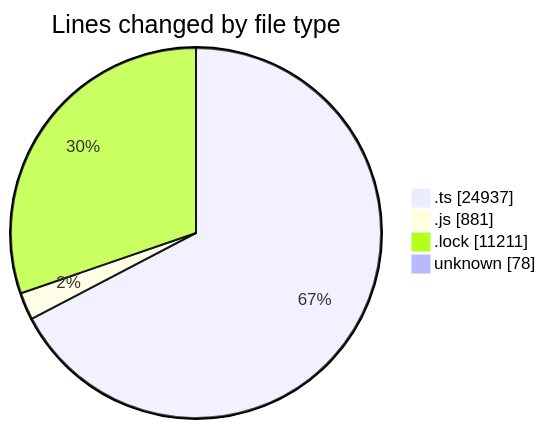
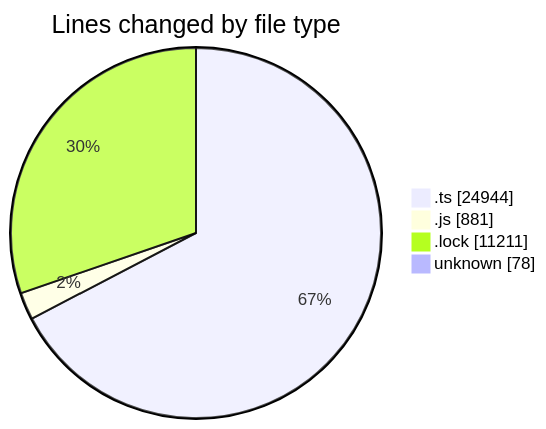
One commit to momahboobian/code-tracking changed the first of 2 diagrams in 2025-05-20/cda/README.md. Above: the diagram before and after it, drawn with Mermaid. The commit also changed other lines of this file and 1 other file, not shown here.

````diff
--- a/2025-05-20/cda/README.md
+++ b/2025-05-20/cda/README.md
@@ -38,8 +38,8 @@
 ```mermaid
 pie showData
 title Lines changed by file type
-".ts" : 24937
+".ts" : 24944
 ".js" : 881
 ".lock" : 11211
 "unknown" : 78
 ```
````
